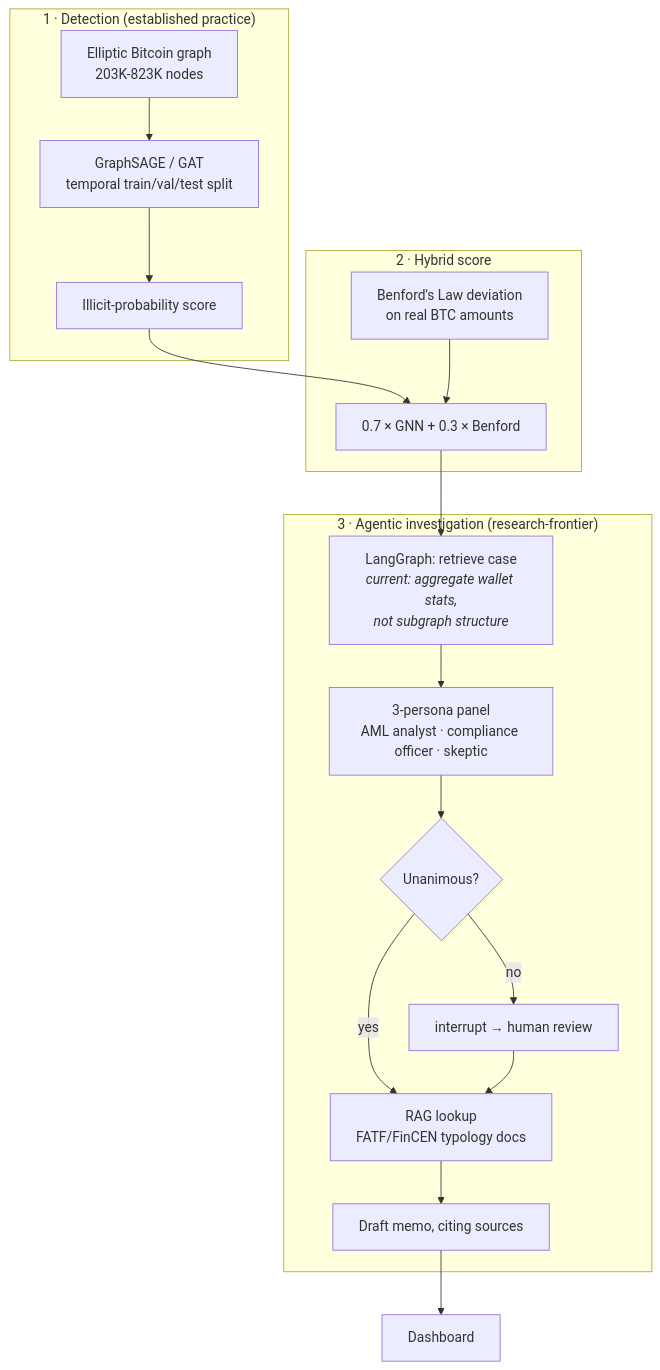
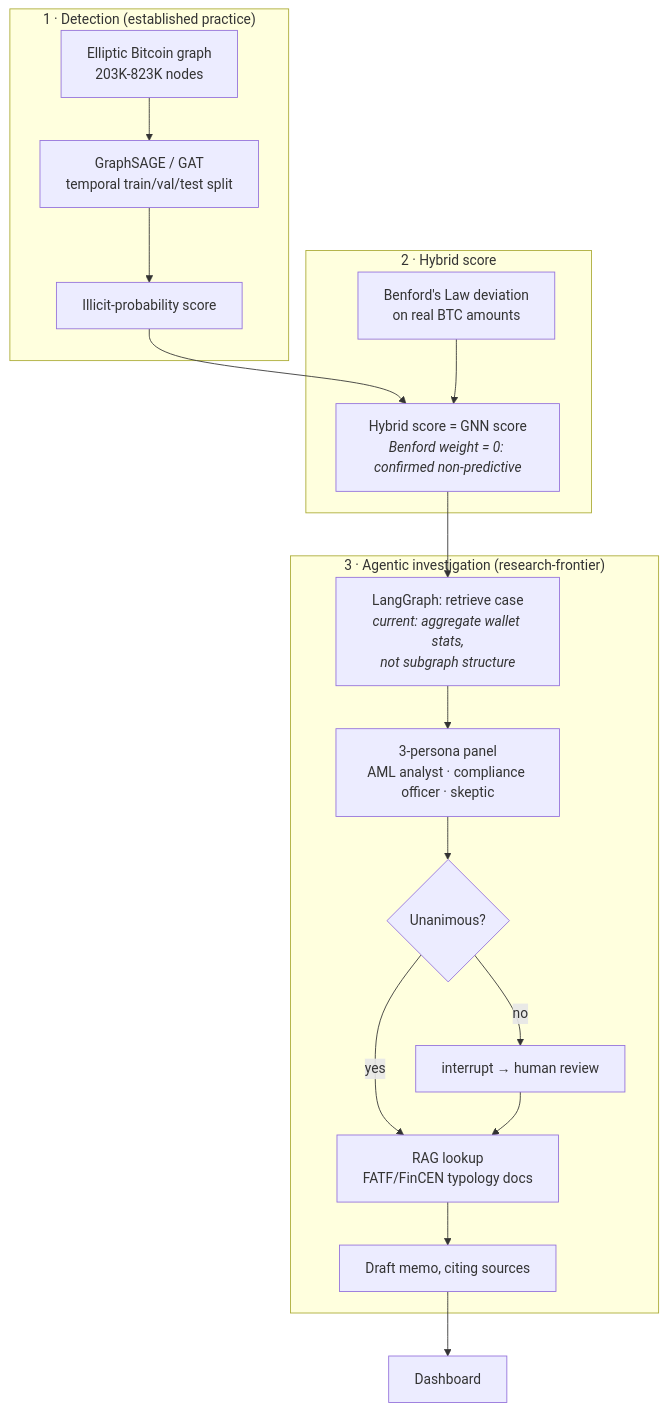
Before and after one commit to Niveditha-04/Fraudgraph: the diagram in README.md, drawn with Mermaid. The commit also changed other lines of this file and 29 other files, not shown here.

First line of the commit message:
Change hybrid formula to GNN-only after Benford validation

````diff
--- a/README.md
+++ b/README.md
@@ -19,21 +19,21 @@
 ```mermaid
 flowchart TB
     subgraph Detection["1 · Detection (established practice)"]
         A[Elliptic Bitcoin graph<br/>203K-823K nodes] --> B[GraphSAGE / GAT<br/>temporal train/val/test split]
         B --> C[Illicit-probability score]
     end
     subgraph Hybrid["2 · Hybrid score"]
-        C --> D[0.7 × GNN + 0.3 × Benford]
+        C --> D["Hybrid score = GNN score<br/><i>Benford weight = 0: confirmed non-predictive</i>"]
         E[Benford's Law deviation<br/>on real BTC amounts] --> D
     end
     subgraph Investigation["3 · Agentic investigation (research-frontier)"]
         D --> F["LangGraph: retrieve case<br/><i>current: aggregate wallet stats,<br/>not subgraph structure</i>"]
         F --> G[3-persona panel<br/>AML analyst · compliance officer · skeptic]
         G --> H{Unanimous?}
         H -->|yes| I[RAG lookup<br/>FATF/FinCEN typology docs]
         H -->|no| J[interrupt → human review]
         J --> I
         I --> K[Draft memo, citing sources]
     end
     K --> L[Dashboard]
 ```
````
